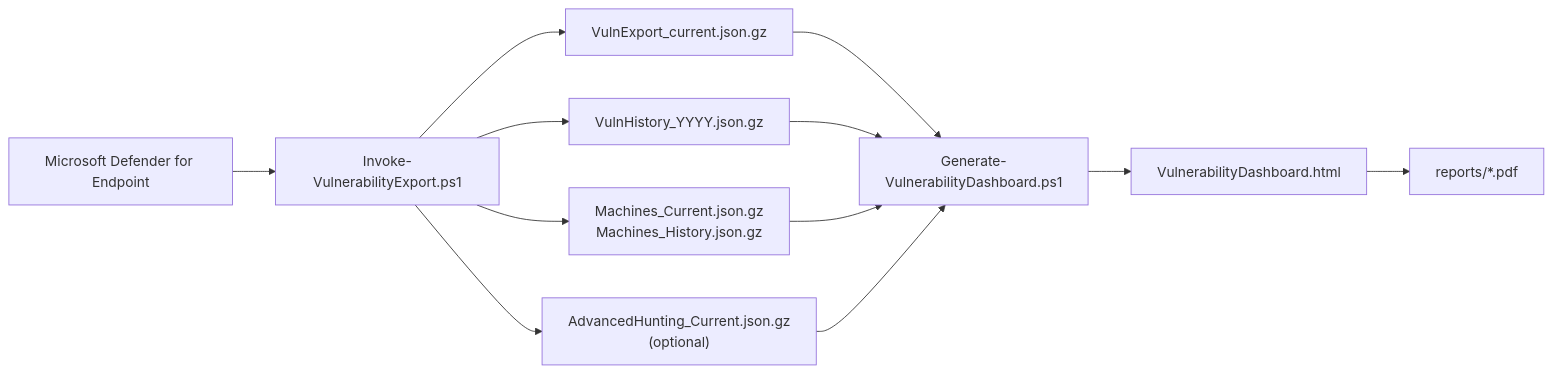
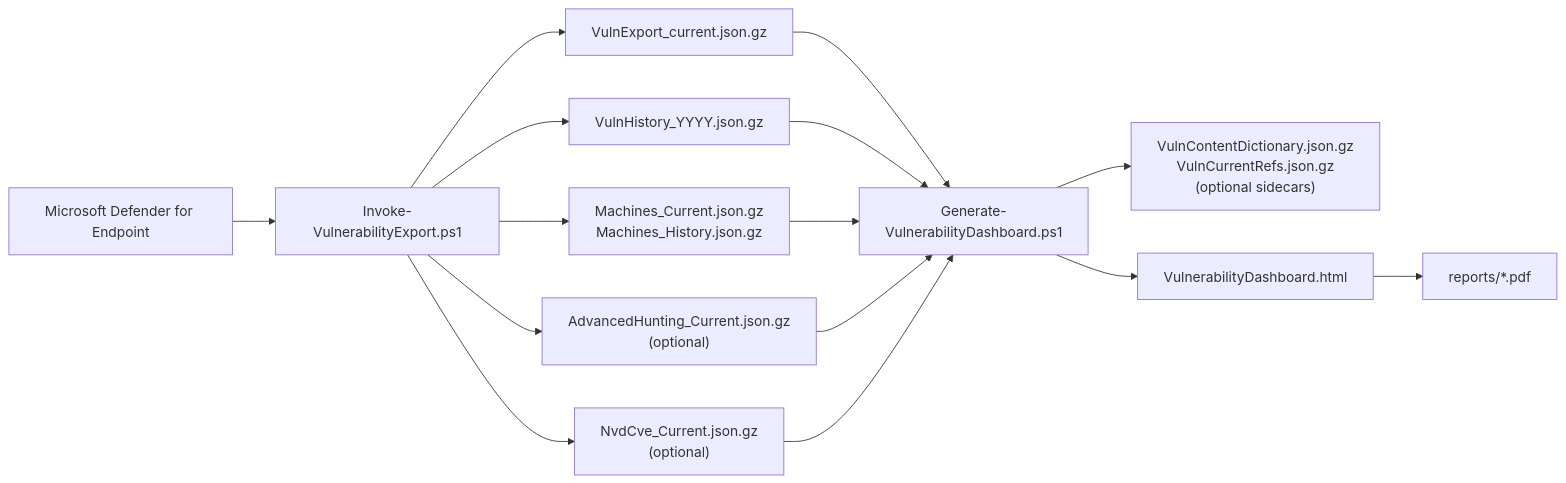
One commit to nathanmcnulty/defender-reporting changed the first of 2 diagrams in README.md. Above: the diagram before and after it, drawn with Mermaid. The commit also changed other lines of this file and 14 other files, not shown here.

````diff
--- a/README.md
+++ b/README.md
@@ -9,14 +9,17 @@
 ```mermaid
 flowchart LR
     A["Microsoft Defender for Endpoint"] --> B["Invoke-VulnerabilityExport.ps1"]
     B --> C["VulnExport_current.json.gz"]
     B --> D["VulnHistory_YYYY.json.gz"]
     B --> E["Machines_Current.json.gz<br/>Machines_History.json.gz"]
     B --> F["AdvancedHunting_Current.json.gz<br/>(optional)"]
+    B --> J["NvdCve_Current.json.gz<br/>(optional)"]
     C --> G["Generate-VulnerabilityDashboard.ps1"]
     D --> G
     E --> G
     F --> G
+    J --> G
+    G --> K["VulnContentDictionary.json.gz<br/>VulnCurrentRefs.json.gz<br/>(optional sidecars)"]
     G --> H["VulnerabilityDashboard.html"]
     H --> I["reports/*.pdf"]
 ```
````
